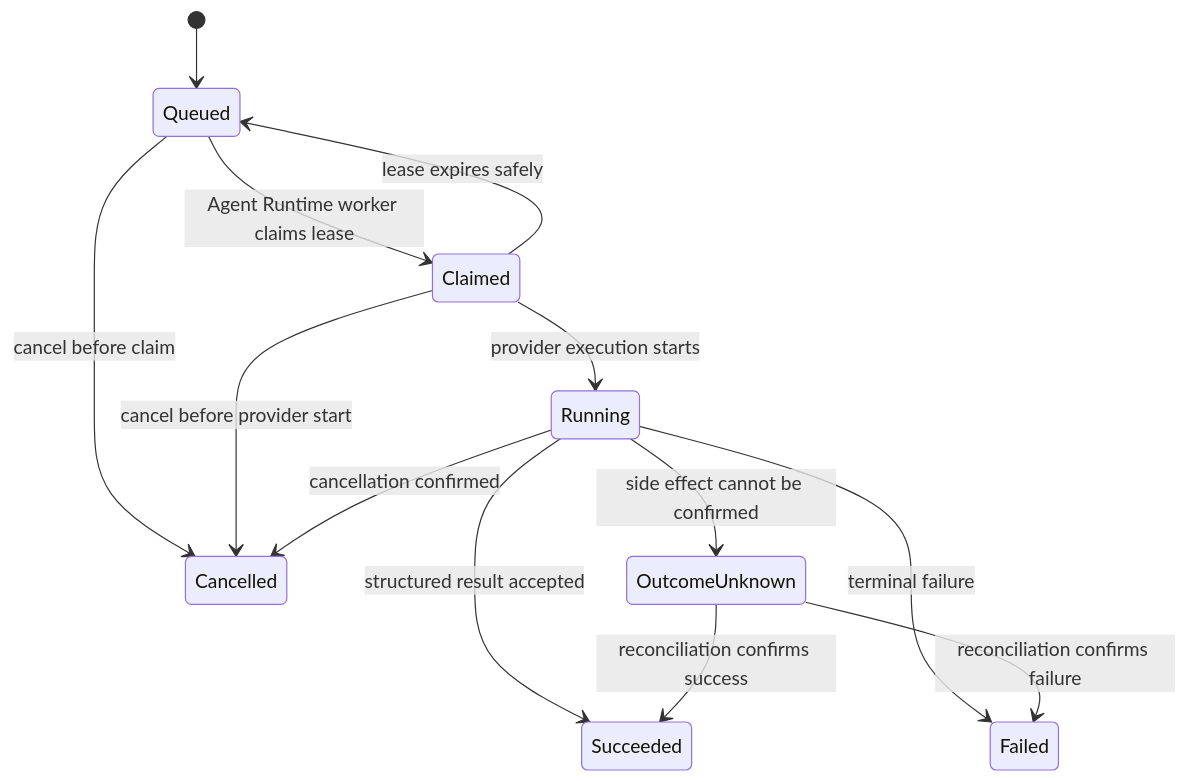
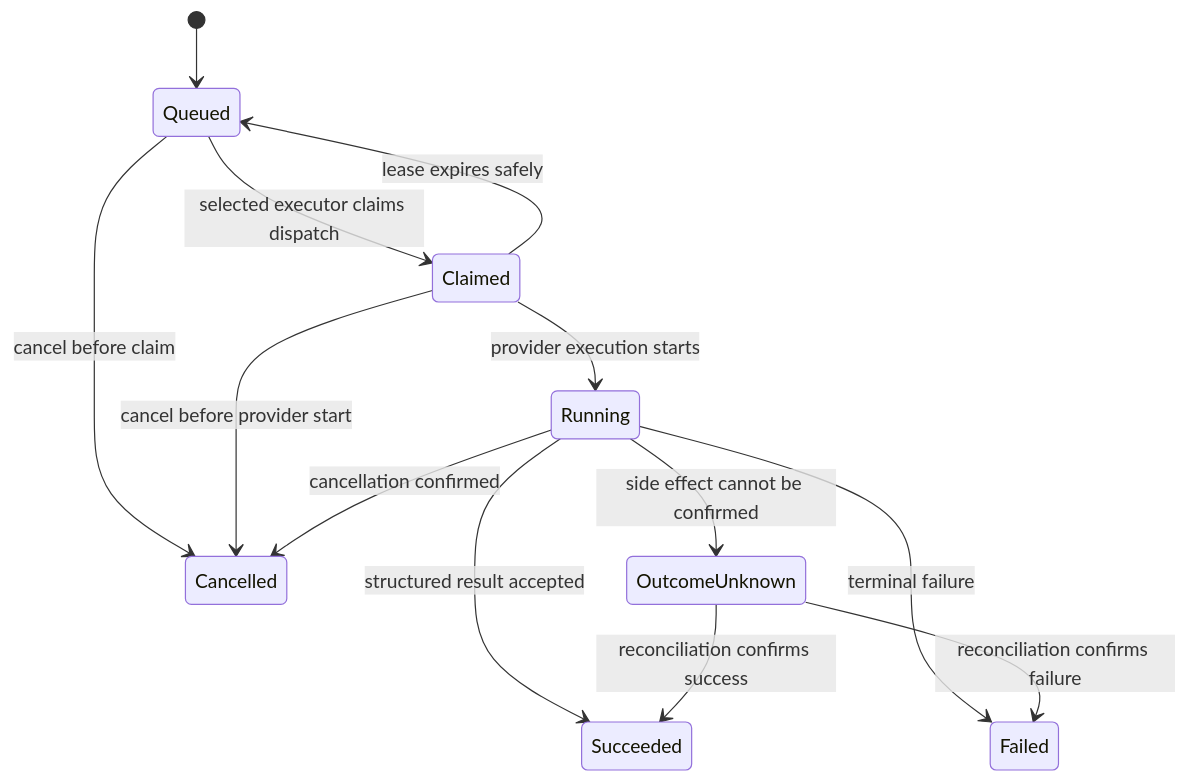
One commit to hataketed7977/taskpilot changed the seventh of 8 diagrams in docs/business-model.md. Above: the diagram before and after it, drawn with Mermaid. The commit also changed other lines of this file and 16 other files, not shown here.

````diff
--- a/docs/business-model.md
+++ b/docs/business-model.md
@@ -637,15 +651,15 @@
 ```mermaid
 stateDiagram-v2
     [*] --> Queued
-    Queued --> Claimed: Agent Runtime worker claims lease
+    Queued --> Claimed: selected executor claims dispatch
     Queued --> Cancelled: cancel before claim
     Claimed --> Running: provider execution starts
     Claimed --> Cancelled: cancel before provider start
     Running --> Succeeded: structured result accepted
     Running --> Failed: terminal failure
     Running --> OutcomeUnknown: side effect cannot be confirmed
     Running --> Cancelled: cancellation confirmed
     Claimed --> Queued: lease expires safely
     OutcomeUnknown --> Succeeded: reconciliation confirms success
     OutcomeUnknown --> Failed: reconciliation confirms failure
 ```
````
